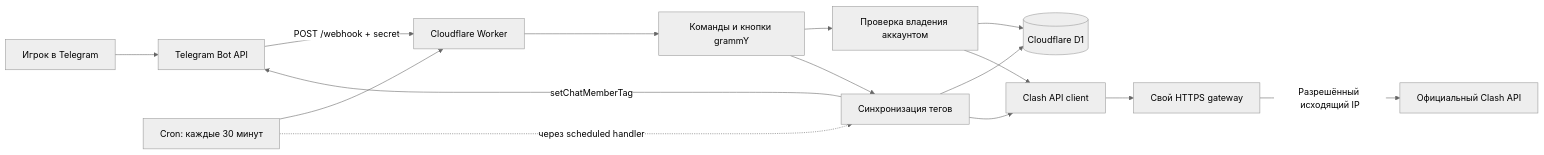
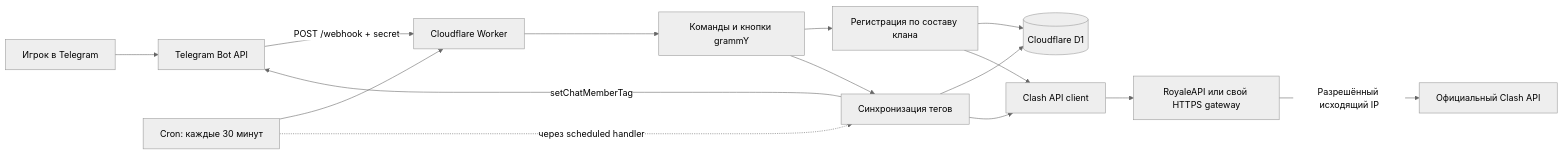
One commit to BozemenOfficial/CoCClansBot changed the diagram in docs/architecture.md. Above: the diagram before and after it, drawn with Mermaid (neutral theme). The commit also changed other lines of this file and 18 other files, not shown here.

````diff
--- a/docs/architecture.md
+++ b/docs/architecture.md
@@ -5,17 +5,17 @@
 ```mermaid
 flowchart LR
     User[Игрок в Telegram] --> Telegram[Telegram Bot API]
     Telegram -->|POST /webhook + secret| Worker[Cloudflare Worker]
     Cron[Cron: каждые 30 минут] --> Worker
     Worker --> Handlers[Команды и кнопки grammY]
-    Handlers --> Linking[Проверка владения аккаунтом]
+    Handlers --> Linking[Регистрация по составу клана]
     Handlers --> Sync[Синхронизация тегов]
     Cron -. через scheduled handler .-> Sync
     Linking --> DB[(Cloudflare D1)]
     Sync --> DB
     Linking --> Client[Clash API client]
     Sync --> Client
-    Client --> Gateway[Свой HTTPS gateway]
+    Client --> Gateway[RoyaleAPI или свой HTTPS gateway]
     Gateway -->|Разрешённый исходящий IP| Clash[Официальный Clash API]
     Sync -->|setChatMemberTag| Telegram
 ```
````
